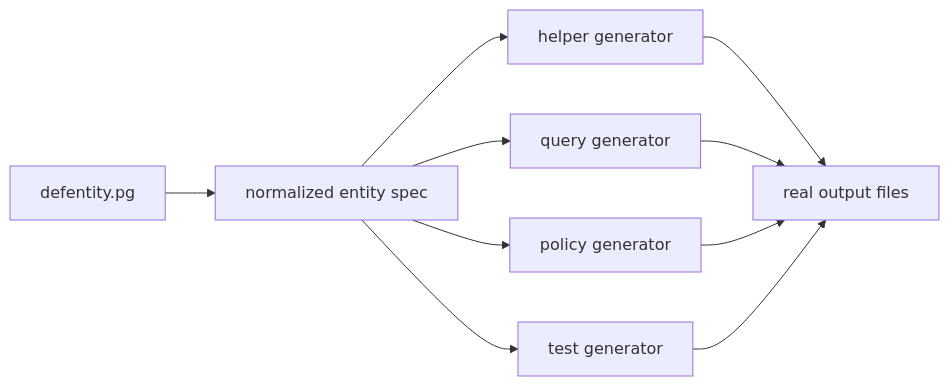
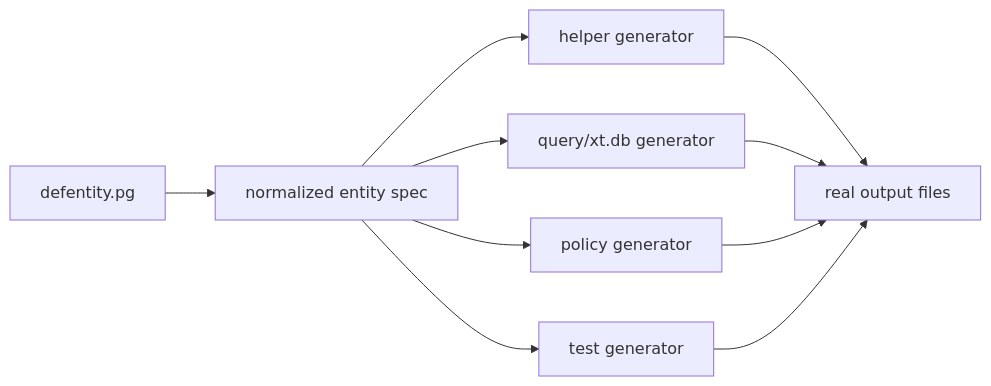
The diagram in docs/defentity_pg_generation.md (zcaudate-xyz/foundation-base), drawn with Mermaid before and after one commit. The commit also changed other lines of this file and 3 other files, not shown here.

````diff
--- a/docs/defentity_pg_generation.md
+++ b/docs/defentity_pg_generation.md
@@ -57,20 +63,20 @@
 ```mermaid
 flowchart LR
   AUTHOR["defentity.pg"]
   SPEC["normalized entity spec"]
   HELPER["helper generator"]
-  QUERY["query generator"]
+  QUERY["query/xt.db generator"]
   POLICY["policy generator"]
   TEST["test generator"]
   FILES["real output files"]
 
   AUTHOR --> SPEC
   SPEC --> HELPER
   SPEC --> QUERY
   SPEC --> POLICY
   SPEC --> TEST
   HELPER --> FILES
   QUERY --> FILES
   POLICY --> FILES
   TEST --> FILES
 ```
````
